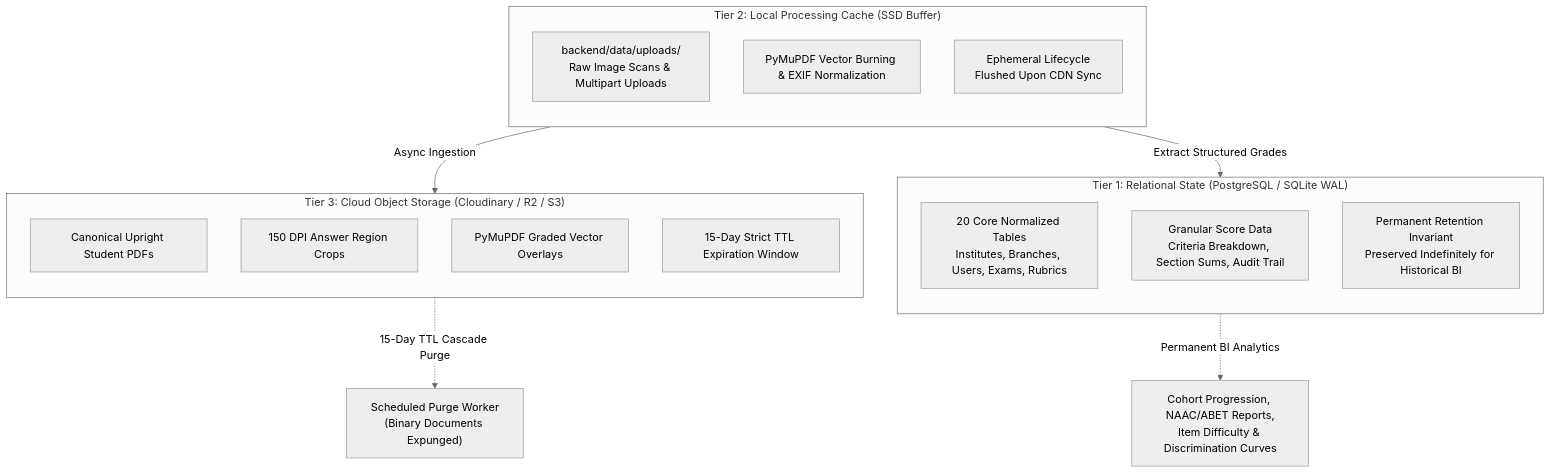
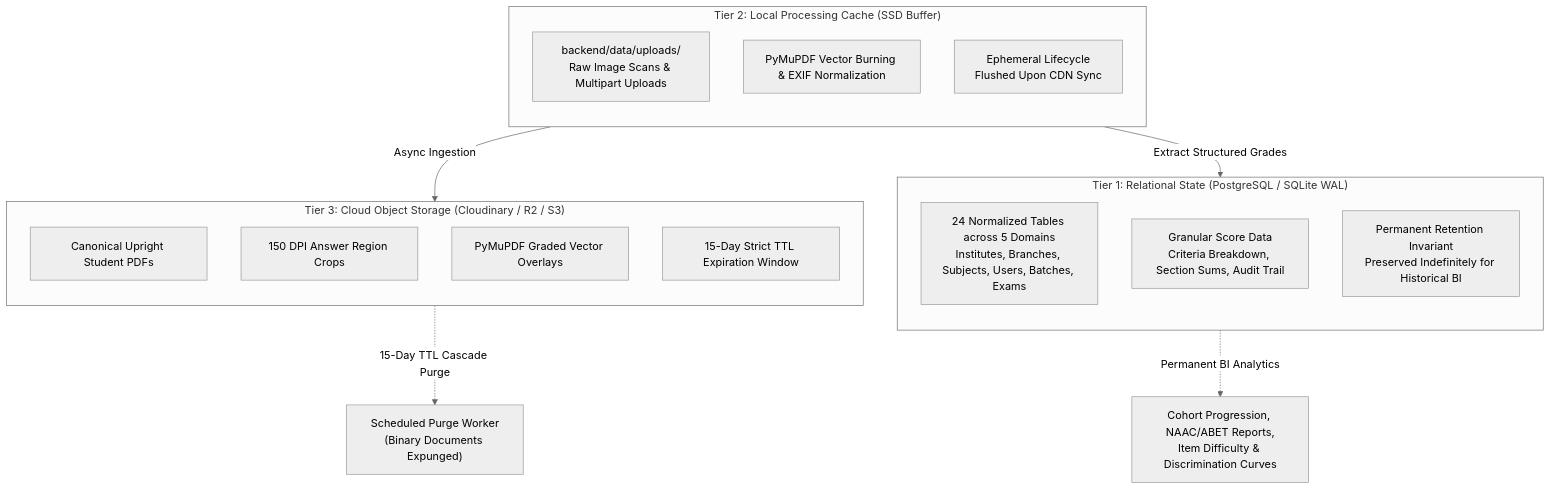
One commit to T4RuN05/papergrade.ai changed diagram 13 of 14 in README.md. Above: the diagram before and after it, drawn with Mermaid (neutral theme). The commit also changed other lines of this file, not shown here.

Commit message:
docs: reconcile all architectural contradictions across models, schemas, routers, and storage

````diff
--- a/README.md
+++ b/README.md
@@ -1565,29 +1694,29 @@
 ```mermaid
 flowchart TD
     subgraph Tier1["Tier 1: Relational State (PostgreSQL / SQLite WAL)"]
         direction TB
-        T1_Meta["20 Core Normalized Tables<br/>Institutes, Branches, Users, Exams, Rubrics"]
+        T1_Meta["24 Normalized Tables across 5 Domains<br/>Institutes, Branches, Subjects, Users, Batches, Exams"]
         T1_Scores["Granular Score Data<br/>Criteria Breakdown, Section Sums, Audit Trail"]
         T1_Invar["Permanent Retention Invariant<br/>Preserved Indefinitely for Historical BI"]
     end
 
     subgraph Tier2["Tier 2: Local Processing Cache (SSD Buffer)"]
         direction TB
         T2_Uploads["backend/data/uploads/<br/>Raw Image Scans & Multipart Uploads"]
         T2_Proc["PyMuPDF Vector Burning & EXIF Normalization"]
         T2_Evict["Ephemeral Lifecycle<br/>Flushed Upon CDN Sync"]
     end
 
     subgraph Tier3["Tier 3: Cloud Object Storage (Cloudinary / R2 / S3)"]
         direction TB
         T3_Canonical["Canonical Upright Student PDFs"]
         T3_Extracts["150 DPI Answer Region Crops"]
         T3_Annotated["PyMuPDF Graded Vector Overlays"]
         T3_TTL["15-Day Strict TTL Expiration Window"]
     end
 
     Tier2 -->|"Async Ingestion"| Tier3
     Tier2 -->|"Extract Structured Grades"| Tier1
     Tier3 -.->|"15-Day TTL Cascade Purge"| PurgeEngine["Scheduled Purge Worker<br/>(Binary Documents Expunged)"]
     Tier1 -.->|"Permanent BI Analytics"| BI["Cohort Progression, NAAC/ABET Reports,<br/>Item Difficulty & Discrimination Curves"]
 ```
````
